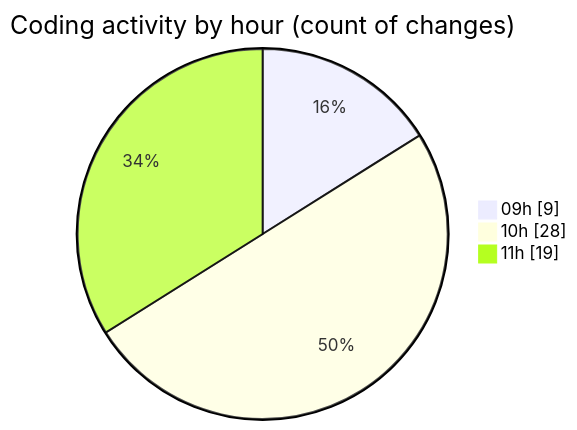
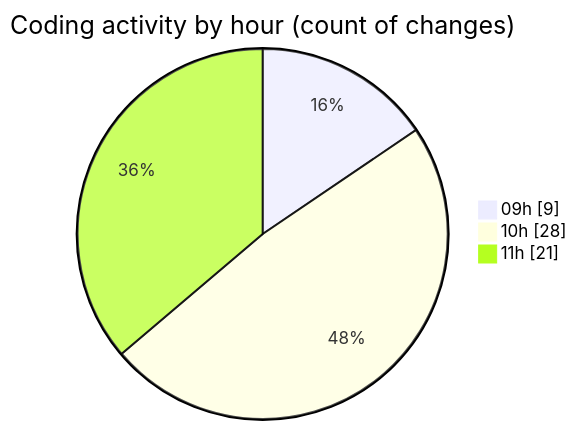
One commit to momahboobian/code-tracking changed the second of 2 diagrams in 2025-09-18/cda/README.md. Above: the diagram before and after it, drawn with Mermaid. The commit also changed other lines of this file and 1 other file, not shown here.

````diff
--- a/2025-09-18/cda/README.md
+++ b/2025-09-18/cda/README.md
@@ -36,7 +36,7 @@
 ```mermaid
 pie showData
 title Coding activity by hour (count of changes)
 "09h" : 9
 "10h" : 28
-"11h" : 19
+"11h" : 21
 ```
````
